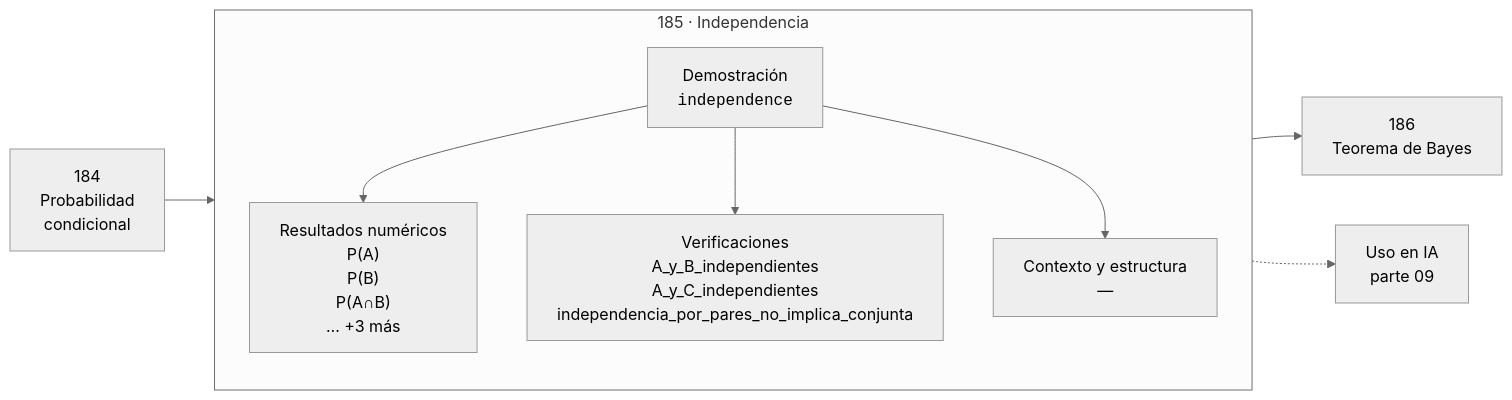
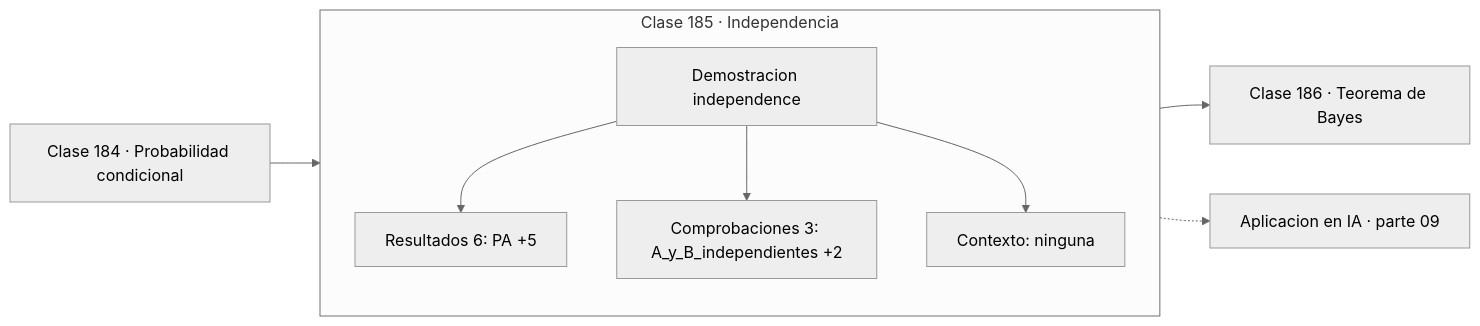
Before and after one commit to vladimiracunadev-create/computational-mathematics-program: the diagram in classes/part-09-probabilidad-y-procesos-aleatorios/185-independencia/README.md, drawn with Mermaid (neutral theme). The commit also changed 389 other files, not shown here.

First line of the commit message:
fix(diagramas): elimina el HTML de las etiquetas Mermaid

````diff
--- a/classes/part-09-probabilidad-y-procesos-aleatorios/185-independencia/README.md
+++ b/classes/part-09-probabilidad-y-procesos-aleatorios/185-independencia/README.md
@@ -30,12 +30,13 @@
 ```mermaid
 flowchart LR
-    P["184<br/>Probabilidad<br/>condicional"] --> C
-    subgraph C["185 · Independencia"]
+    P["Clase 184 · Probabilidad condicional"] --> D
+    subgraph CLASE["Clase 185 · Independencia"]
         direction TB
-        D["Demostración<br/><code>independence</code>"] --> R["Resultados numéricos<br/>P(A)<br/>P(B)<br/>P(A∩B)<br/>… +3 más"]
-        D --> V["Verificaciones<br/>A_y_B_independientes<br/>A_y_C_independientes<br/>independencia_por_pares_no_implica_conjunta"]
-        D --> O["Contexto y estructura<br/>—"]
+        D["Demostracion independence"]
+        D --> R["Resultados 6: PA +5"]
+        D --> V["Comprobaciones 3: A_y_B_independientes +2"]
+        D --> O["Contexto: ninguna"]
     end
-    C --> N["186<br/>Teorema de Bayes"]
-    C -.-> IA["Uso en IA<br/>parte 09"]
+    R --> N["Clase 186 · Teorema de Bayes"]
+    V -.-> IA["Aplicacion en IA · parte 09"]
 ```
````
